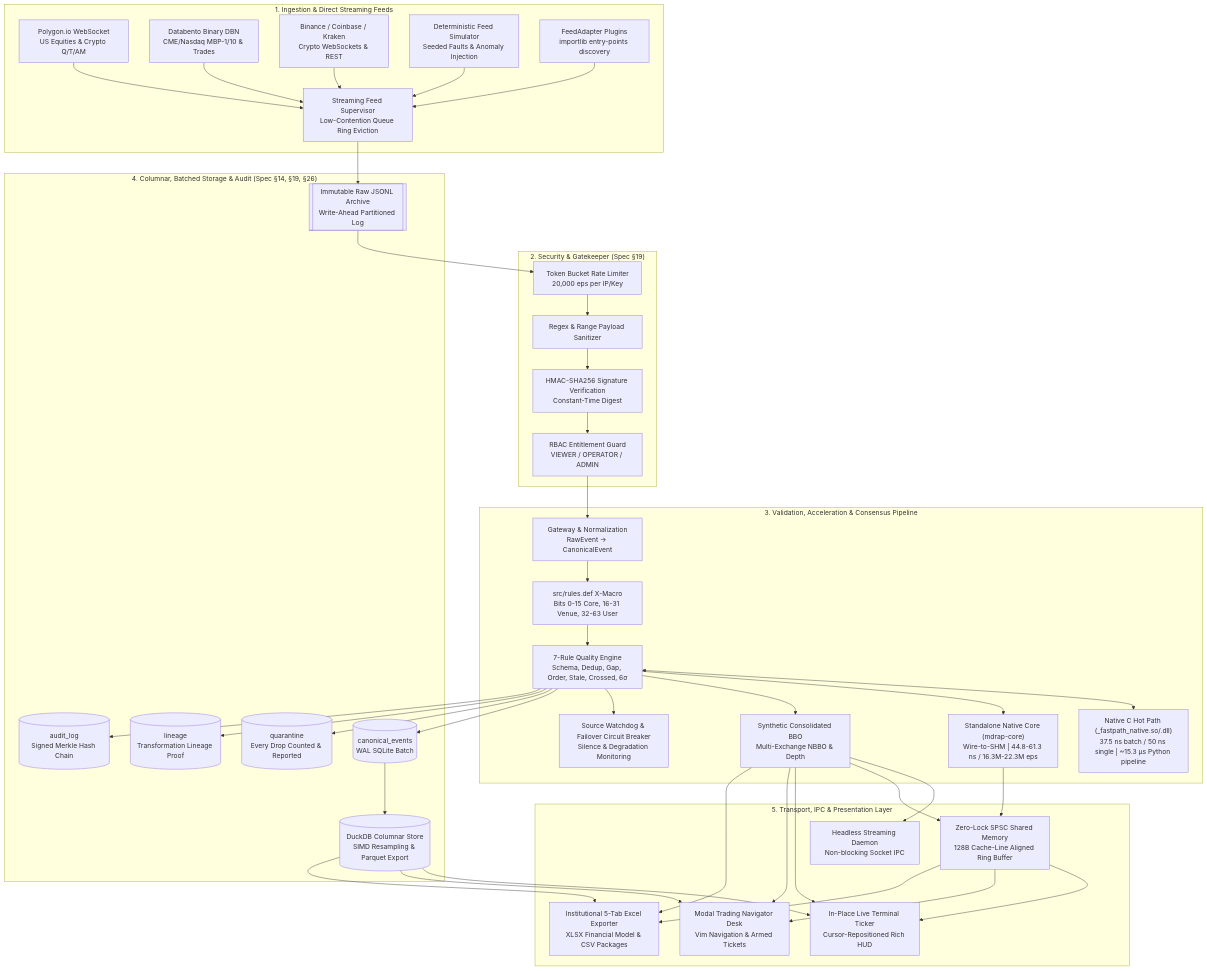
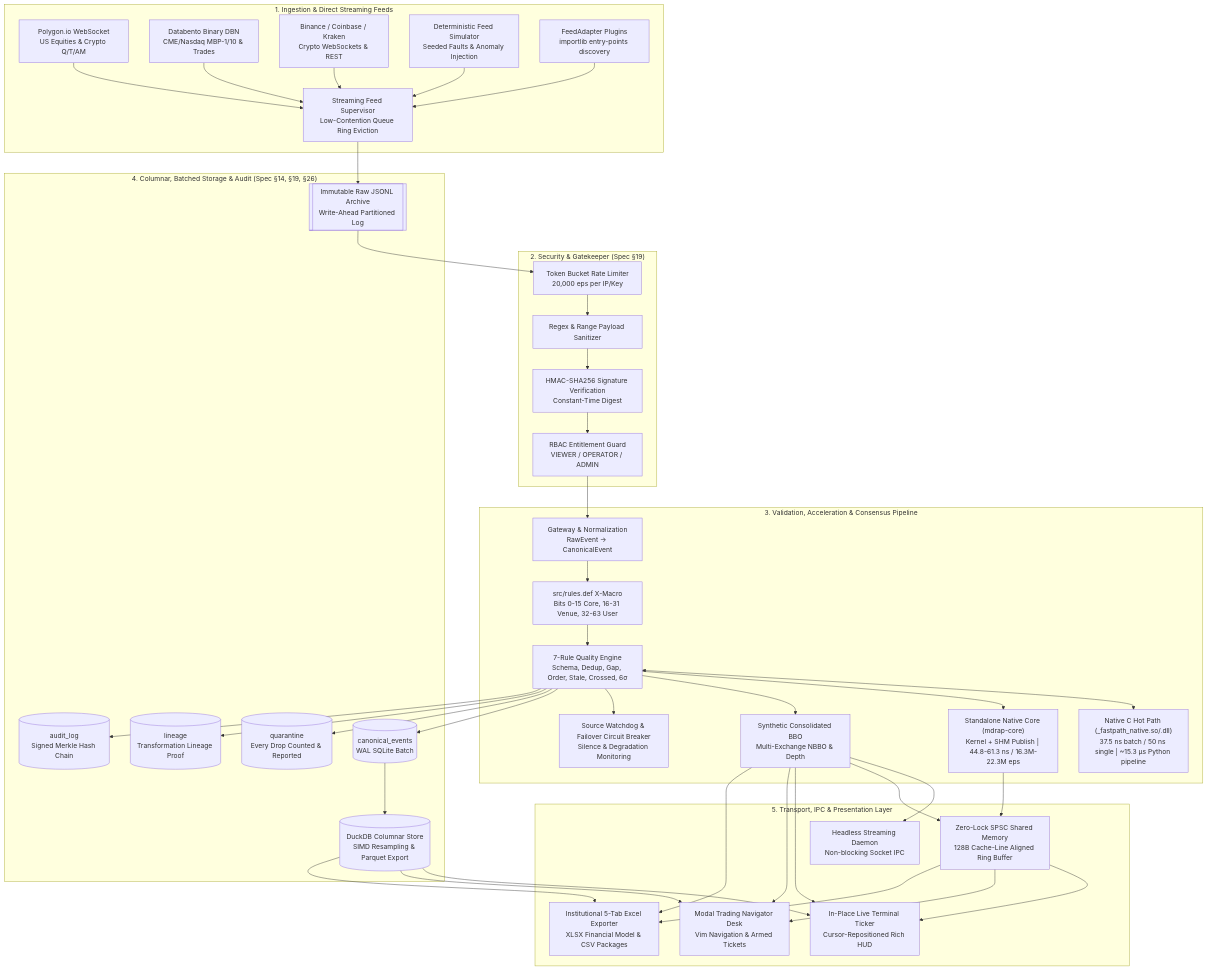
The diagram in README.md (Aryan-20-04/mdrap), drawn with Mermaid before and after one commit. The commit also changed other lines of this file and 46 other files, not shown here.

Commit message:
feat(core): implement SHM watermark tracking, memory ordering fences, C micro-batching, and ponytail cleanups

````diff
--- a/README.md
+++ b/README.md
@@ -95,56 +95,56 @@
 ```mermaid
 flowchart TD
     subgraph INGESTION ["1. Ingestion & Direct Streaming Feeds"]
         POLY["Polygon.io WebSocket<br/>US Equities & Crypto Q/T/AM"]
         DBN["Databento Binary DBN<br/>CME/Nasdaq MBP-1/10 & Trades"]
         CRYPTO["Binance / Coinbase / Kraken<br/>Crypto WebSockets & REST"]
         SIM["Deterministic Feed Simulator<br/>Seeded Faults & Anomaly Injection"]
         FSUP["Streaming Feed Supervisor<br/>Low-Contention Queue Ring Eviction"]
         ADAPT["FeedAdapter Plugins<br/>importlib entry-points discovery"]
     end
 
     subgraph SECURITY ["2. Security & Gatekeeper (Spec §19)"]
         RL["Token Bucket Rate Limiter<br/>20,000 eps per IP/Key"]
         SAN["Regex & Range Payload Sanitizer"]
         HMAC["HMAC-SHA256 Signature Verification<br/>Constant-Time Digest"]
         RBAC["RBAC Entitlement Guard<br/>VIEWER / OPERATOR / ADMIN"]
     end
 
     subgraph ENGINE ["3. Validation, Acceleration & Consensus Pipeline"]
         GW["Gateway & Normalization<br/>RawEvent -> CanonicalEvent"]
         RULES["src/rules.def X-Macro<br/>Bits 0-15 Core, 16-31 Venue, 32-63 User"]
         QE["7-Rule Quality Engine<br/>Schema, Dedup, Gap, Order, Stale, Crossed, 6σ"]
         FP["Native C Hot Path (_fastpath_native.so/.dll)<br/>37.5 ns batch / 50 ns single | ~15.3 µs Python pipeline"]
-        CORE["Standalone Native Core (mdrap-core)<br/>Wire-to-SHM | 44.8-61.3 ns / 16.3M-22.3M eps"]
+        CORE["Standalone Native Core (mdrap-core)<br/>Kernel + SHM Publish | 44.8-61.3 ns / 16.3M-22.3M eps"]
         WD["Source Watchdog & Failover Circuit Breaker<br/>Silence & Degradation Monitoring"]
         BBO["Synthetic Consolidated BBO<br/>Multi-Exchange NBBO & Depth"]
     end
 
     subgraph STORAGE ["4. Columnar, Batched Storage & Audit (Spec §14, §19, §26)"]
         CAN[("canonical_events<br/>WAL SQLite Batch")]
         QUAR[("quarantine<br/>Every Drop Counted & Reported")]
         LIN[("lineage<br/>Transformation Lineage Proof")]
         AUD[("audit_log<br/>Signed Merkle Hash Chain")]
         ARC[["Immutable Raw JSONL Archive<br/>Write-Ahead Partitioned Log"]]
         COL[("DuckDB Columnar Store<br/>SIMD Resampling & Parquet Export")]
     end
 
     subgraph TRANSPORT ["5. Transport, IPC & Presentation Layer"]
         SHM["Zero-Lock SPSC Shared Memory<br/>128B Cache-Line Aligned Ring Buffer"]
         DAEMON["Headless Streaming Daemon<br/>Non-blocking Socket IPC"]
         LIVE["In-Place Live Terminal Ticker<br/>Cursor-Repositioned Rich HUD"]
         DESK["Modal Trading Navigator Desk<br/>Vim Navigation & Armed Tickets"]
         EXCEL["Institutional 5-Tab Excel Exporter<br/>XLSX Financial Model & CSV Packages"]
     end
 
     POLY & DBN & CRYPTO & SIM & ADAPT --> FSUP --> ARC
     ARC --> RL --> SAN --> HMAC --> RBAC --> GW
     GW --> RULES --> QE
     QE <--> FP
     QE --> CORE --> SHM
     QE --> BBO & WD
     BBO --> DAEMON & SHM
     QE --> CAN & QUAR & LIN & AUD
     CAN --> COL
     BBO & COL & SHM --> LIVE & DESK & EXCEL
 ```
````
